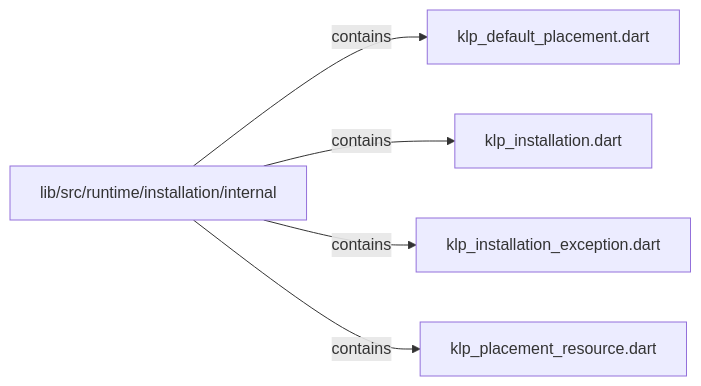
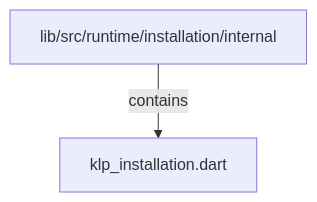
The second of 2 diagrams in docs/architecture/src/runtime/installation/internal/README.md (MiuDog/Kallopis), drawn with Mermaid before and after one commit. The commit also changed other lines of this file and 9688 other files, not shown here.

Commit message:
Prepare isolated Flow F2 peer baseline

````diff
--- a/docs/architecture/src/runtime/installation/internal/README.md
+++ b/docs/architecture/src/runtime/installation/internal/README.md
@@ -50,12 +41,6 @@
 ```mermaid
-flowchart LR
+flowchart TD
 	n0["lib/src/runtime/installation/internal"]
-	n1["klp_default_placement.dart"]
-	n2["klp_installation.dart"]
-	n3["klp_installation_exception.dart"]
-	n4["klp_placement_resource.dart"]
+	n1["klp_installation.dart"]
 	n0 -->|"contains"| n1
-	n0 -->|"contains"| n2
-	n0 -->|"contains"| n3
-	n0 -->|"contains"| n4
 ```
````
